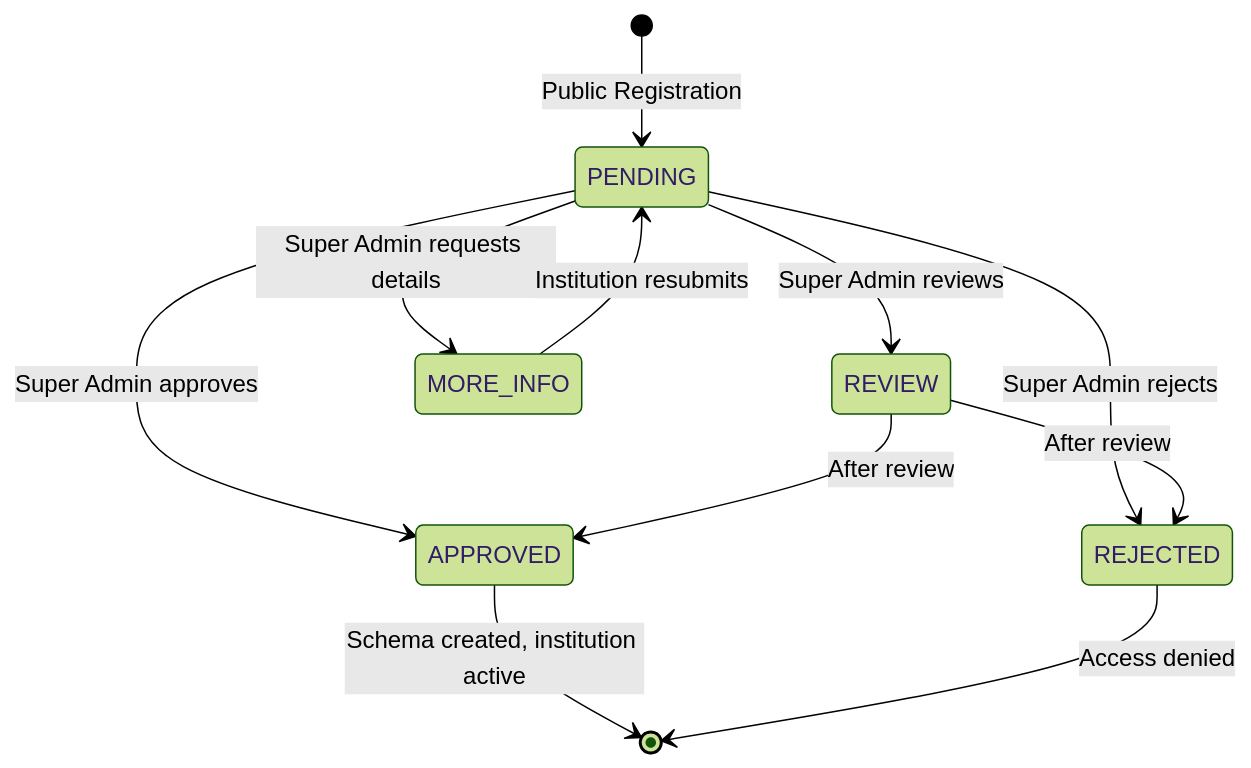
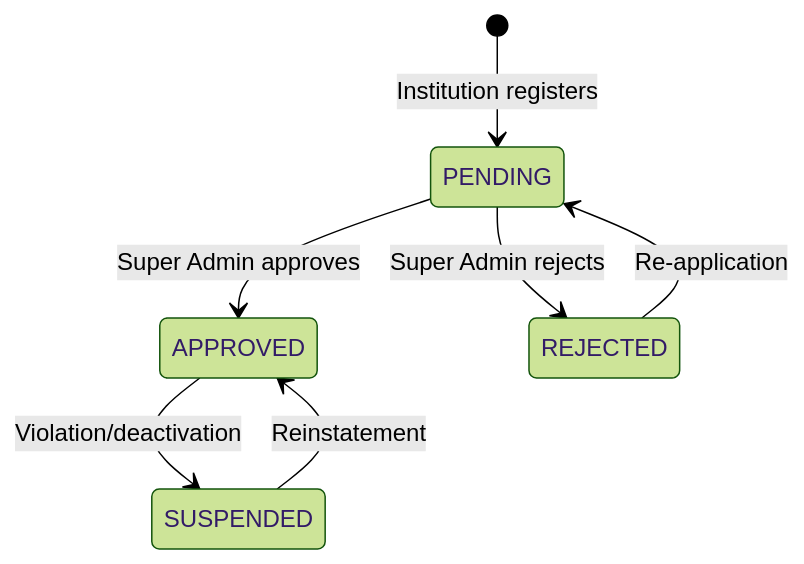
One commit to manoharreddyparne/core_final changed the third of 6 diagrams in docs/05_REGISTRATION_AND_ONBOARDING_LIFECYCLE.md. Above: the diagram before and after it, drawn with Mermaid (forest theme). The commit also changed other lines of this file and 6 other files, not shown here.

````diff
--- a/docs/05_REGISTRATION_AND_ONBOARDING_LIFECYCLE.md
+++ b/docs/05_REGISTRATION_AND_ONBOARDING_LIFECYCLE.md
@@ -58,13 +68,9 @@
 ```mermaid
 stateDiagram-v2
-    [*] --> PENDING: Public Registration
-    PENDING --> REVIEW: Super Admin reviews
+    [*] --> PENDING: Institution registers
     PENDING --> APPROVED: Super Admin approves
     PENDING --> REJECTED: Super Admin rejects
-    PENDING --> MORE_INFO: Super Admin requests details
-    REVIEW --> APPROVED: After review
-    REVIEW --> REJECTED: After review
-    MORE_INFO --> PENDING: Institution resubmits
-    APPROVED --> [*]: Schema created, institution active
-    REJECTED --> [*]: Access denied
+    REJECTED --> PENDING: Re-application
+    APPROVED --> SUSPENDED: Violation/deactivation
+    SUSPENDED --> APPROVED: Reinstatement
 ```
````
